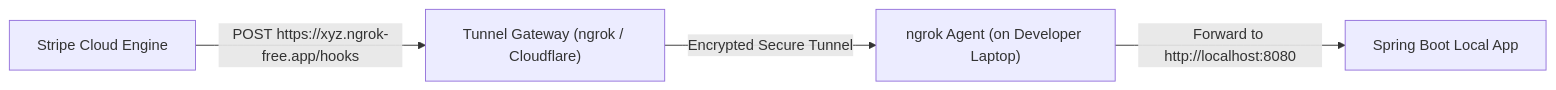
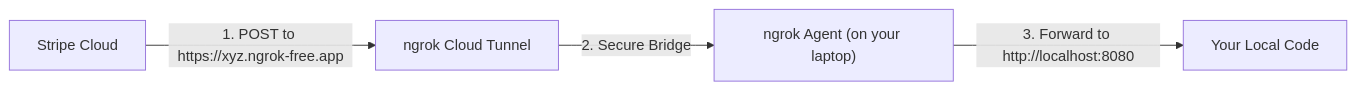
The third of 10 diagrams in 07-Backend-Engineering/Webhooks.md (rohithgowda18/Notes), drawn with Mermaid before and after one commit. The commit also changed other lines of this file, not shown here.

Commit message:
docs: simplify Webhooks notes for easy learning and make code optional

````diff
--- a/07-Backend-Engineering/Webhooks.md
+++ b/07-Backend-Engineering/Webhooks.md
@@ -213,6 +142,6 @@
 ```mermaid
 flowchart LR
-    Stripe["Stripe Cloud Engine"] -- "POST https://xyz.ngrok-free.app/hooks" --> TunnelSrv["Tunnel Gateway (ngrok / Cloudflare)"]
-    TunnelSrv -- "Encrypted Secure Tunnel" --> LocalClient["ngrok Agent (on Developer Laptop)"]
-    LocalClient -- "Forward to http://localhost:8080" --> LocalApp["Spring Boot Local App"]
+    Stripe["Stripe Cloud"] -- "1. POST to https://xyz.ngrok-free.app" --> NgrokCloud["ngrok Cloud Tunnel"]
+    NgrokCloud -- "2. Secure Bridge" --> NgrokLocal["ngrok Agent (on your laptop)"]
+    NgrokLocal -- "3. Forward to http://localhost:8080" --> LocalApp["Your Local Code"]
 ```
````
